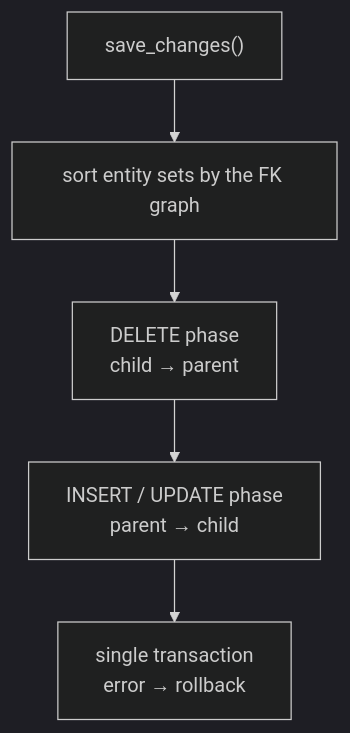
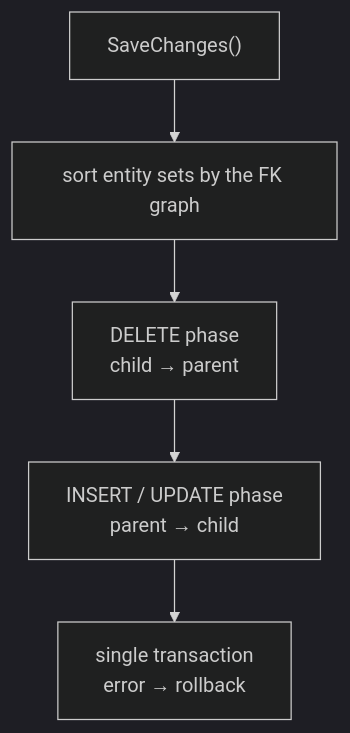
One commit to leth4lweap0n/entityfy changed the third of 3 diagrams in README.md. Above: the diagram before and after it, drawn with Mermaid (dark theme). The commit also changed other lines of this file and 3 other files, not shown here.

````diff
--- a/README.md
+++ b/README.md
@@ -141,7 +161,7 @@
 ```mermaid
 flowchart TD
-    start["save_changes()"] --> order["sort entity sets by the FK graph"]
+    start["SaveChanges()"] --> order["sort entity sets by the FK graph"]
     order --> del["DELETE phase<br/>child → parent"]
     del --> write["INSERT / UPDATE phase<br/>parent → child"]
     write --> commit["single transaction<br/>error → rollback"]
 ```
````
